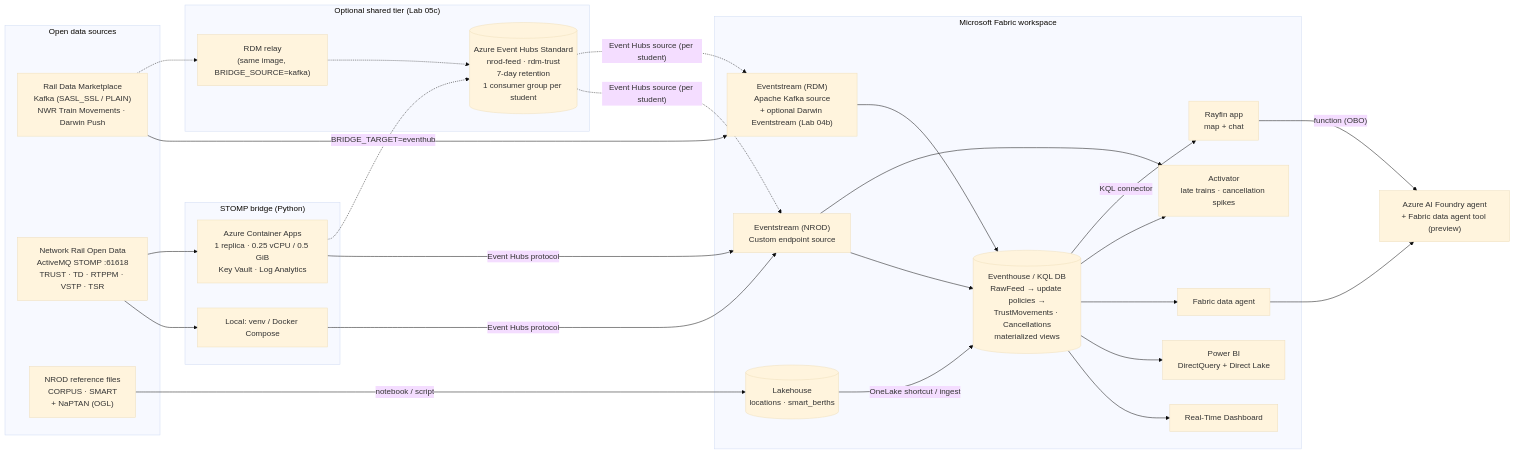
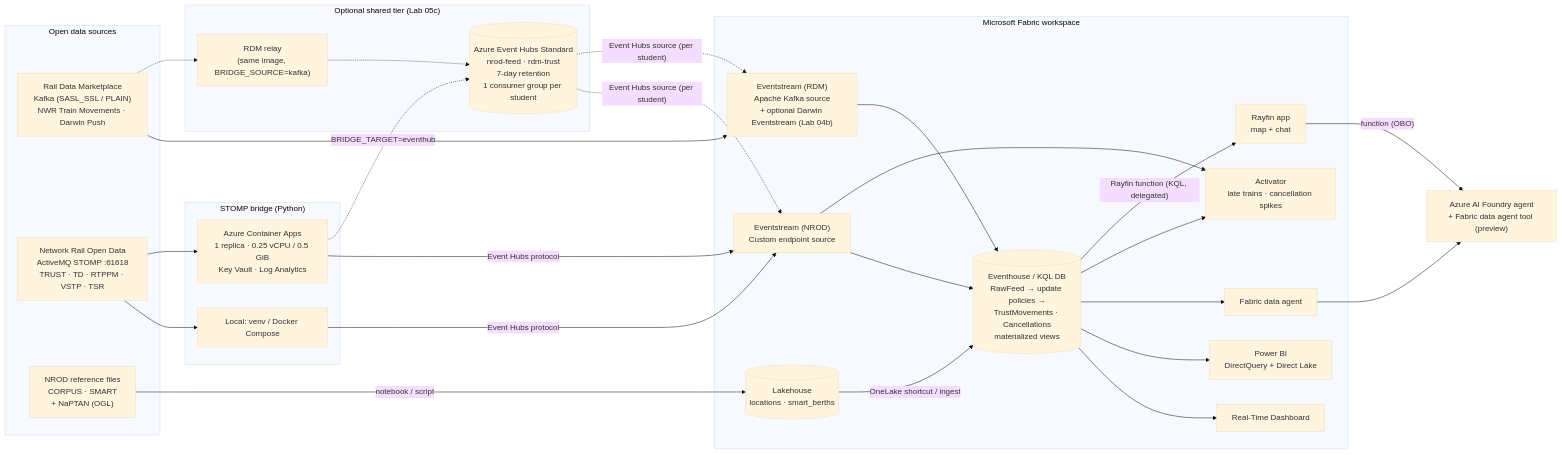
The diagram in README.md (ShaneOsborne/Real-Time-Rail-Intelligence-on-Microsoft-Fabric), drawn with Mermaid (base theme) before and after one commit. The commit also changed other lines of this file and 7 other files, not shown here.

````diff
--- a/README.md
+++ b/README.md
@@ -23,50 +23,50 @@
 ```mermaid
 flowchart LR
   subgraph Sources["Open data sources"]
     RDM["Rail Data Marketplace<br/>Kafka (SASL_SSL / PLAIN)<br/>NWR Train Movements · Darwin Push"]
     NROD["Network Rail Open Data<br/>ActiveMQ STOMP :61618<br/>TRUST · TD · RTPPM · VSTP · TSR"]
     REF["NROD reference files<br/>CORPUS · SMART<br/>+ NaPTAN (OGL)"]
   end
 
   subgraph Bridge["STOMP bridge (Python)"]
     LOCAL["Local: venv / Docker Compose"]
     ACA["Azure Container Apps<br/>1 replica · 0.25 vCPU / 0.5 GiB<br/>Key Vault · Log Analytics"]
   end
 
   subgraph Fabric["Microsoft Fabric workspace"]
     ESR["Eventstream (RDM)<br/>Apache Kafka source<br/>+ optional Darwin Eventstream (Lab 04b)"]
     ESN["Eventstream (NROD)<br/>Custom endpoint source"]
     EH[("Eventhouse / KQL DB<br/>RawFeed → update policies →<br/>TrustMovements · Cancellations<br/>materialized views")]
     LH[("Lakehouse<br/>locations · smart_berths")]
     ACT["Activator<br/>late trains · cancellation spikes"]
     RTD["Real-Time Dashboard"]
     PBI["Power BI<br/>DirectQuery + Direct Lake"]
     DA["Fabric data agent"]
     APP["Rayfin app<br/>map + chat"]
   end
 
   FOUNDRY["Azure AI Foundry agent<br/>+ Fabric data agent tool (preview)"]
 
   subgraph Shared["Optional shared tier (Lab 05c)"]
     EHNS[("Azure Event Hubs Standard<br/>nrod-feed · rdm-trust<br/>7-day retention<br/>1 consumer group per student")]
     RELAY["RDM relay<br/>(same image, BRIDGE_SOURCE=kafka)"]
   end
 
   RDM --> ESR
   NROD --> LOCAL & ACA
   LOCAL -- Event Hubs protocol --> ESN
   ACA -- Event Hubs protocol --> ESN
   ACA -. "BRIDGE_TARGET=eventhub" .-> EHNS
   RDM -.-> RELAY -.-> EHNS
   EHNS -. "Event Hubs source (per student)" .-> ESN
   EHNS -. "Event Hubs source (per student)" .-> ESR
   ESR --> EH
   ESN --> EH
   ESN --> ACT
   REF -- notebook / script --> LH
   LH -- OneLake shortcut / ingest --> EH
   EH --> RTD & PBI & DA & ACT
   DA --> FOUNDRY
-  EH -- KQL connector --> APP
+  EH -- "Rayfin function (KQL, delegated)" --> APP
   APP -- function (OBO) --> FOUNDRY
 ```
````
